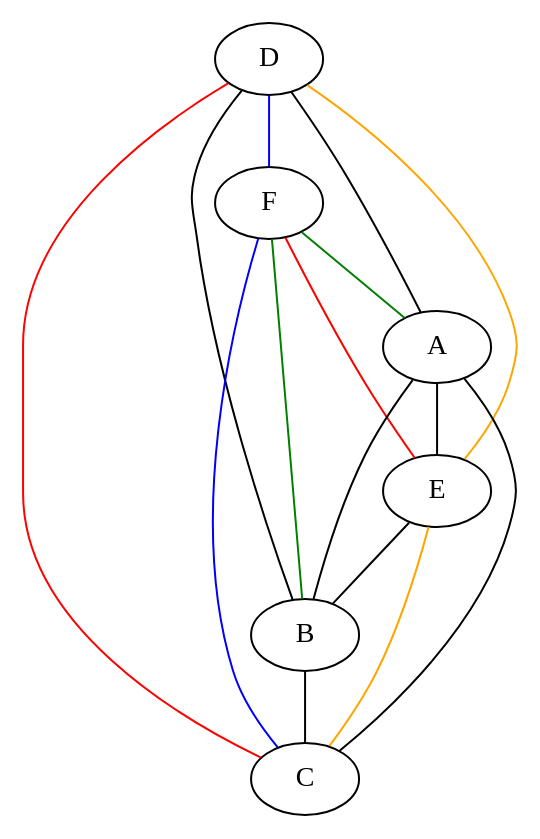
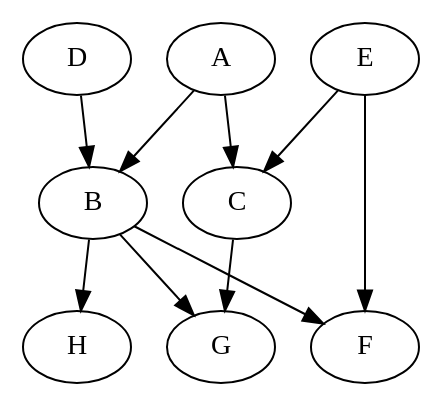
One commit to lrodrin/TFG changed the diagram in src/create_example_graph.dot. Above: the diagram before and after it, drawn with Graphviz. The commit also changed 8 other files, not shown here.

```diff
--- a/src/create_example_graph.dot
+++ b/src/create_example_graph.dot
@@ -1,23 +1,19 @@
-strict graph "" {
-D;
-F;
+strict digraph "" {
 A;
-E;
 B;
 C;
-D -- A  [color=black];
-D -- E  [color=orange];
-D -- C  [color=red];
-D -- B  [color=black];
-D -- F  [color=blue];
-F -- A  [color=green];
-F -- B  [color=green];
-F -- E  [color=red];
-F -- C  [color=blue];
-A -- E  [color=black];
-A -- B  [color=black];
-A -- C  [color=black];
-E -- C  [color=orange];
-E -- B  [color=black];
-B -- C  [color=black];
+D;
+E;
+F;
+H;
+G;
+A -> B;
+A -> C;
+B -> H;
+B -> G;
+B -> F;
+C -> G;
+D -> B;
+E -> C;
+E -> F;
 }
```
